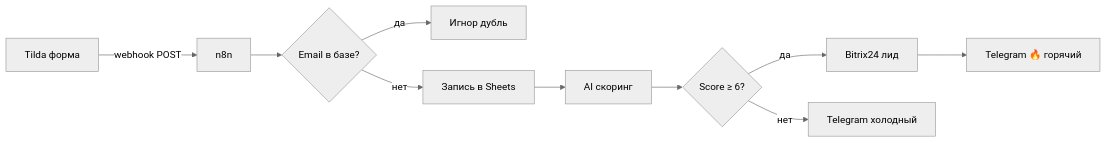
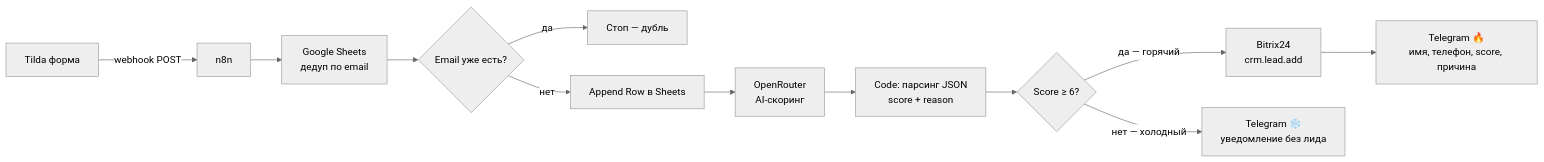
The diagram in case-2-lead-scoring/README.md (ArentSee/n8n-portfolio), drawn with Mermaid (neutral theme) before and after one commit. The commit also changed other lines of this file, not shown here.

````diff
--- a/case-2-lead-scoring/README.md
+++ b/case-2-lead-scoring/README.md
@@ -33,12 +34,14 @@
 ```mermaid
 flowchart LR
     A[Tilda форма] -->|webhook POST| B[n8n]
-    B --> C{Email в базе?}
-    C -->|да| D[Игнор дубль]
-    C -->|нет| E[Запись в Sheets]
-    E --> F[AI скоринг]
-    F --> G{Score ≥ 6?}
-    G -->|да| H[Bitrix24 лид]
-    H --> I[Telegram 🔥 горячий]
-    G -->|нет| J[Telegram холодный]
+    B --> C[Google Sheets<br/>дедуп по email]
+    C --> D{Email уже есть?}
+    D -->|да| E[Стоп — дубль]
+    D -->|нет| F[Append Row в Sheets]
+    F --> G[OpenRouter<br/>AI-скоринг]
+    G --> H[Code: парсинг JSON<br/>score + reason]
+    H --> I{Score ≥ 6?}
+    I -->|да — горячий| J[Bitrix24<br/>crm.lead.add]
+    J --> K[Telegram 🔥<br/>имя, телефон, score, причина]
+    I -->|нет — холодный| L[Telegram ❄️<br/>уведомление без лида]
 ```
````
